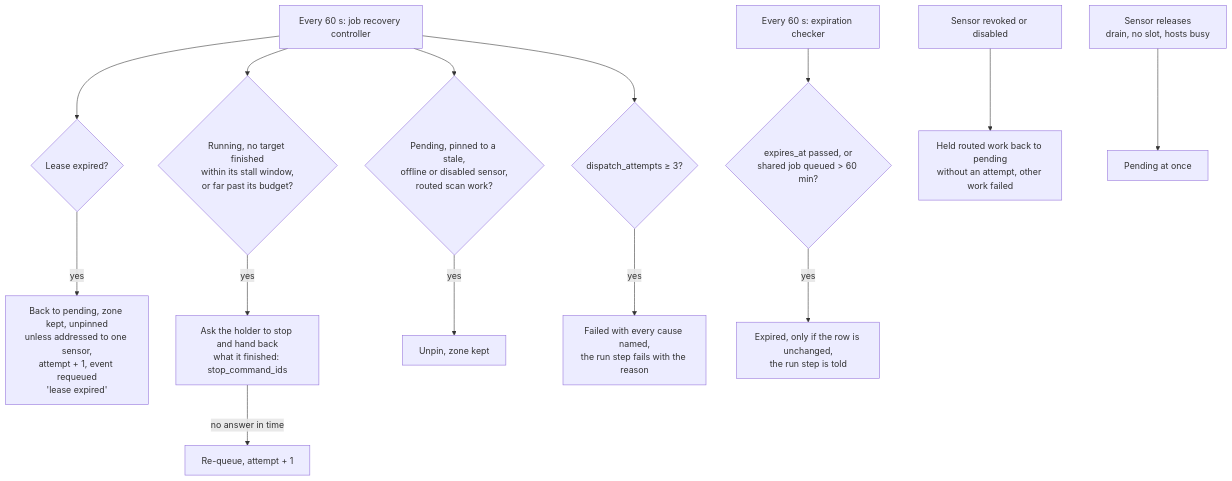
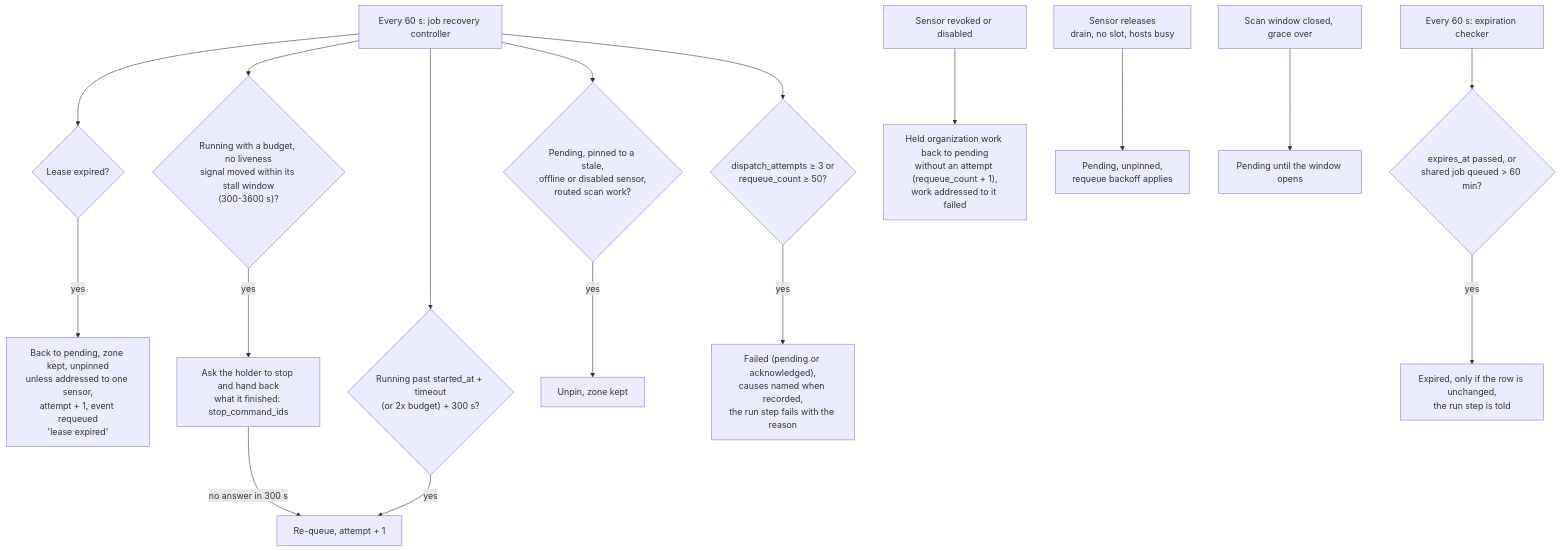
Before and after one commit to openctemio/openctem: the ninth of 10 diagrams in api/docs/architecture/job-dispatch.md, drawn with Mermaid. The commit also changed other lines of this file and 11 other files, not shown here.

First line of the commit message:
docs(architecture): verified flow diagrams for scans, dispatch and ingest

````diff
--- a/api/docs/architecture/job-dispatch.md
+++ b/api/docs/architecture/job-dispatch.md
@@ -389,16 +529,19 @@
 ```mermaid
 flowchart TD
   T[Every 60 s: job recovery controller] --> L{Lease expired?}
   L -- yes --> RQ[Back to pending, zone kept, unpinned<br/>unless addressed to one sensor,<br/>attempt + 1, event requeued<br/>'lease expired']
-  T --> ST{Running, no target finished<br/>within its stall window,<br/>or far past its budget?}
+  T --> ST{"Running with a budget, no liveness<br/>signal moved within its stall window<br/>(300-3600 s)?"}
   ST -- yes --> STOP[Ask the holder to stop and hand back<br/>what it finished: stop_command_ids]
-  STOP -->|no answer in time| RQ2[Re-queue, attempt + 1]
+  STOP -->|no answer in 300 s| RQ2[Re-queue, attempt + 1]
+  T --> OV{"Running past started_at + timeout<br/>(or 2x budget) + 300 s?"}
+  OV -- yes --> RQ2
   T --> PIN{Pending, pinned to a stale,<br/>offline or disabled sensor,<br/>routed scan work?}
   PIN -- yes --> UNPIN[Unpin, zone kept]
-  T --> PO{dispatch_attempts ≥ 3?}
-  PO -- yes --> FAIL[Failed with every cause named,<br/>the run step fails with the reason]
+  T --> PO{"dispatch_attempts ≥ 3 or<br/>requeue_count ≥ 50?"}
+  PO -- yes --> FAIL["Failed (pending or acknowledged),<br/>causes named when recorded,<br/>the run step fails with the reason"]
   E[Every 60 s: expiration checker] --> EX{expires_at passed, or<br/>shared job queued > 60 min?}
   EX -- yes --> EXP[Expired, only if the row is unchanged,<br/>the run step is told]
-  RV[Sensor revoked or disabled] --> REL[Held routed work back to pending<br/>without an attempt, other work failed]
-  RL[Sensor releases<br/>drain, no slot, hosts busy] --> RLS[Pending at once]
+  RV[Sensor revoked or disabled] --> REL["Held organization work back to pending<br/>without an attempt (requeue_count + 1),<br/>work addressed to it failed"]
+  RL[Sensor releases<br/>drain, no slot, hosts busy] --> RLS["Pending, unpinned,<br/>requeue backoff applies"]
+  WC[Scan window closed, grace over] --> RLW[Pending until the window opens]
 ```
````
